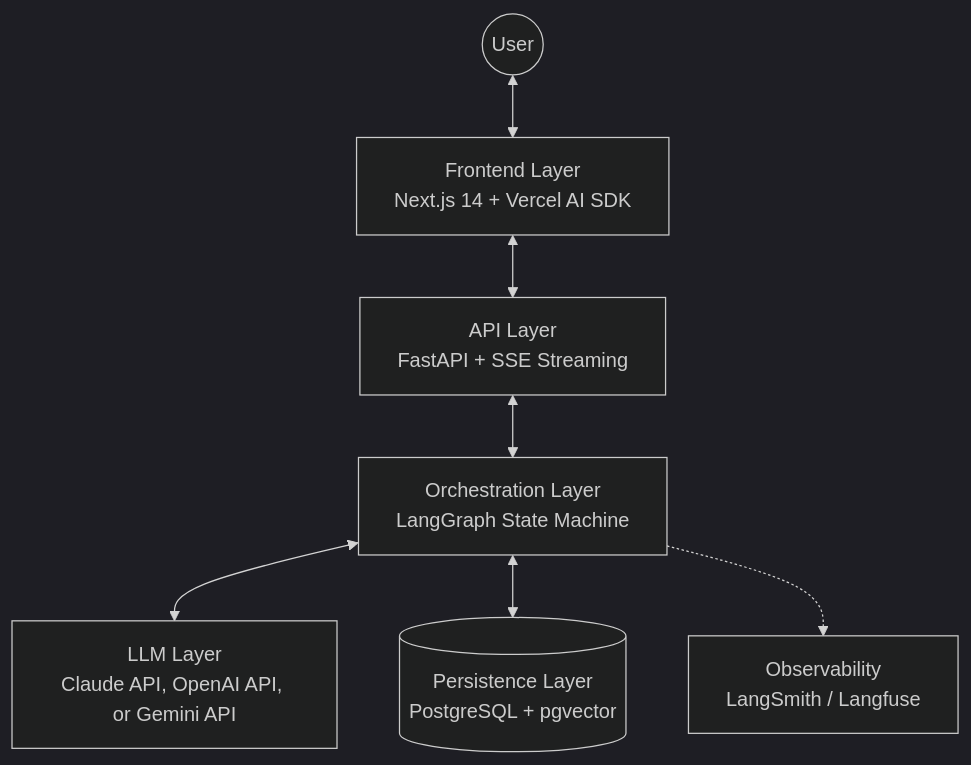
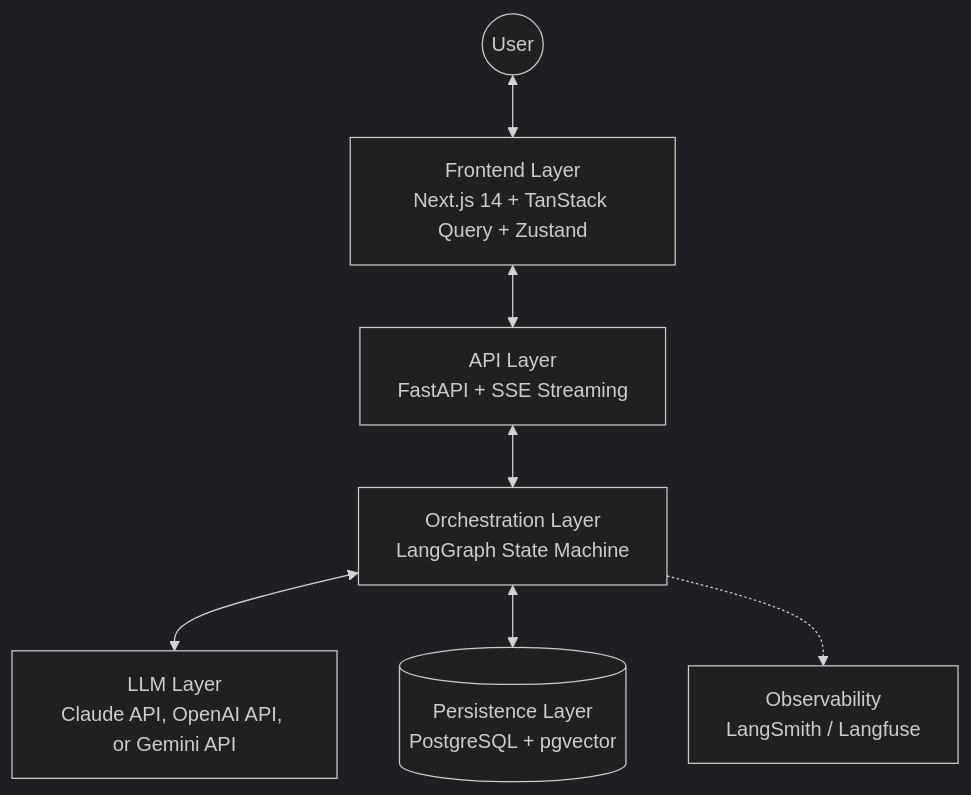
One commit to sgttomas/solver-engine changed the diagram in README.md. Above: the diagram before and after it, drawn with Mermaid (dark theme). The commit also changed other lines of this file and 9 other files, not shown here.

````diff
--- a/README.md
+++ b/README.md
@@ -148,9 +148,9 @@
 ```mermaid
 graph TD
-    User((User)) <--> FE[Frontend Layer<br/>Next.js 14 + Vercel AI SDK]
+    User((User)) <--> FE[Frontend Layer<br/>Next.js 14 + TanStack Query + Zustand]
     FE <--> API[API Layer<br/>FastAPI + SSE Streaming]
     API <--> ORCH[Orchestration Layer<br/>LangGraph State Machine]
     ORCH <--> LLM[LLM Layer<br/>Claude API, OpenAI API, or Gemini API]
     ORCH <--> DB[(Persistence Layer<br/>PostgreSQL + pgvector)]
     ORCH -.-> OBS[Observability<br/>LangSmith / Langfuse]
 ```
````
